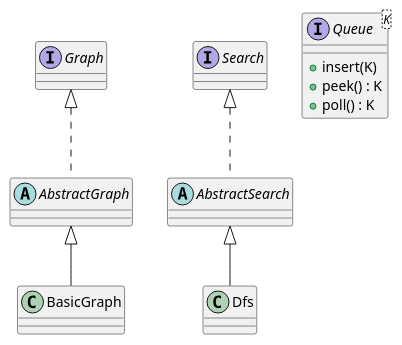
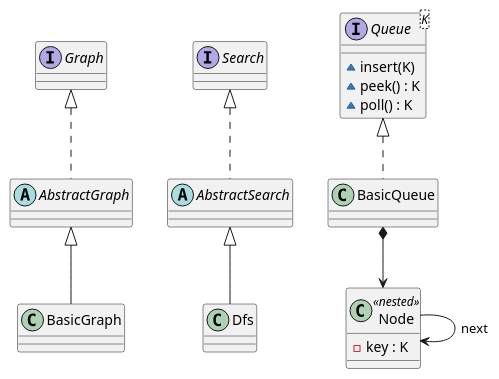
Before and after one commit to s3lvatico/dd.algs: the diagram in src/main/resources/org/gmnz/ddi/algs/graph3/class_diagram.puml, drawn with PlantUML. The commit also changed 2 other files, not shown here.

Commit message:
aggiunto diagramma per la coda

```diff
--- a/src/main/resources/org/gmnz/ddi/algs/graph3/class_diagram.puml
+++ b/src/main/resources/org/gmnz/ddi/algs/graph3/class_diagram.puml
@@ -1,19 +1,25 @@
 @startuml package_class_diagram
 interface Graph
 interface Search
 interface Queue<K>  {
-    + insert(K)
-    + peek() : K
-    + poll() : K
+    ~ insert(K)
+    ~ peek() : K
+    ~ poll() : K
 }
 abstract class AbstractGraph
 abstract class AbstractSearch
 class BasicGraph
 class Dfs
+class BasicQueue
+class Node <<nested>> { 
+    - key : K 
+}
 
 Graph  <|.. AbstractGraph
 AbstractGraph <|-- BasicGraph
 Search <|.. AbstractSearch
 AbstractSearch  <|-- Dfs
-
+Queue <|.. BasicQueue
+BasicQueue *--> Node
+Node --> Node : next
 @enduml
```
